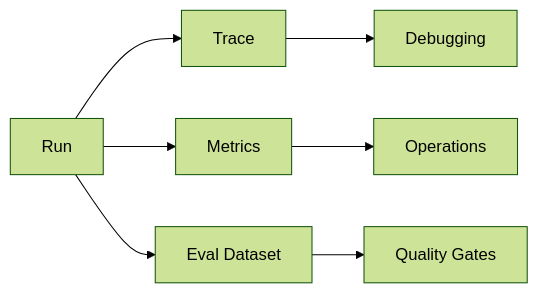
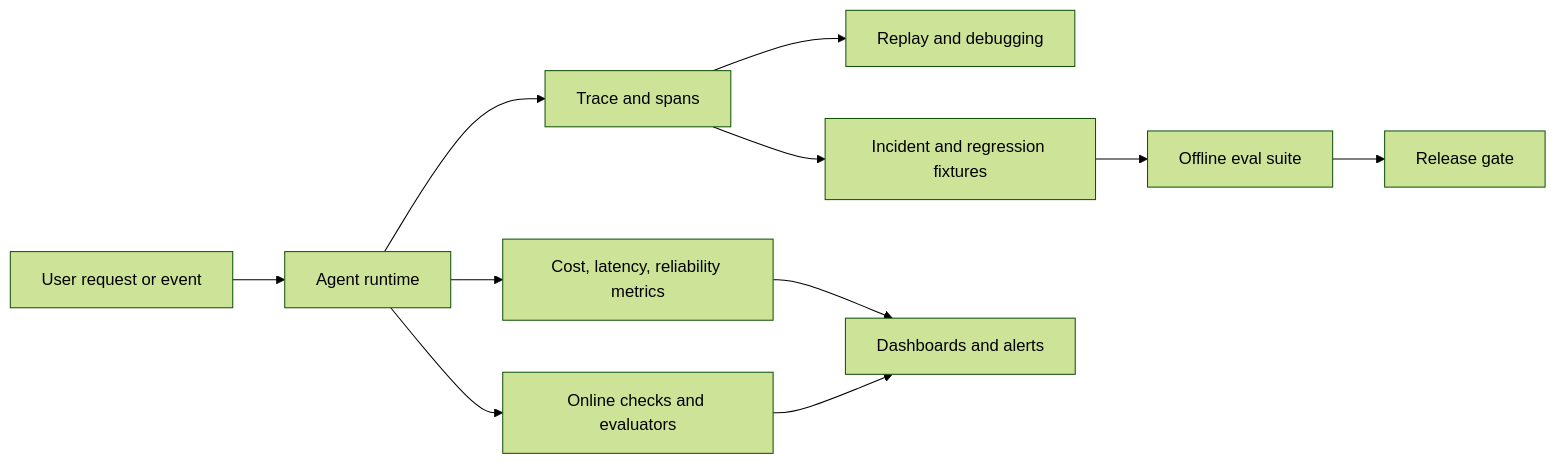
One commit to GTuritto/Agentic-Systems-Patterns changed the diagram in observability-and-evals-pattern/README.md. Above: the diagram before and after it, drawn with Mermaid (forest theme). The commit also changed other lines of this file and 1 other file, not shown here.

Commit message:
docs: strengthen observability and evals guidance

````diff
--- a/observability-and-evals-pattern/README.md
+++ b/observability-and-evals-pattern/README.md
@@ -21,9 +27,13 @@
 ```mermaid
 flowchart LR
-  R[Run] --> T[Trace]
-  R --> M[Metrics]
-  R --> E[Eval Dataset]
-  T --> D[Debugging]
-  M --> O[Operations]
-  E --> Q[Quality Gates]
+  Request[User request or event] --> Runtime[Agent runtime]
+  Runtime --> Trace[Trace and spans]
+  Runtime --> Metrics[Cost, latency, reliability metrics]
+  Runtime --> EvalResult[Online checks and evaluators]
+  Trace --> Replay[Replay and debugging]
+  Trace --> Fixtures[Incident and regression fixtures]
+  Fixtures --> OfflineEvals[Offline eval suite]
+  OfflineEvals --> Gate[Release gate]
+  Metrics --> Ops[Dashboards and alerts]
+  EvalResult --> Ops
 ```
````
